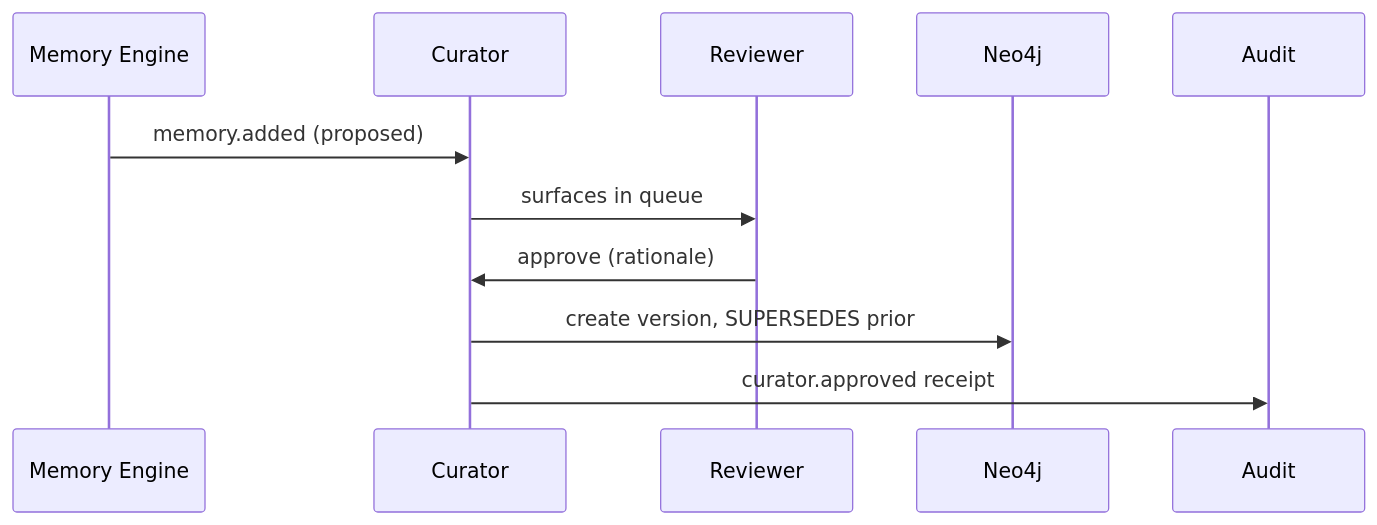
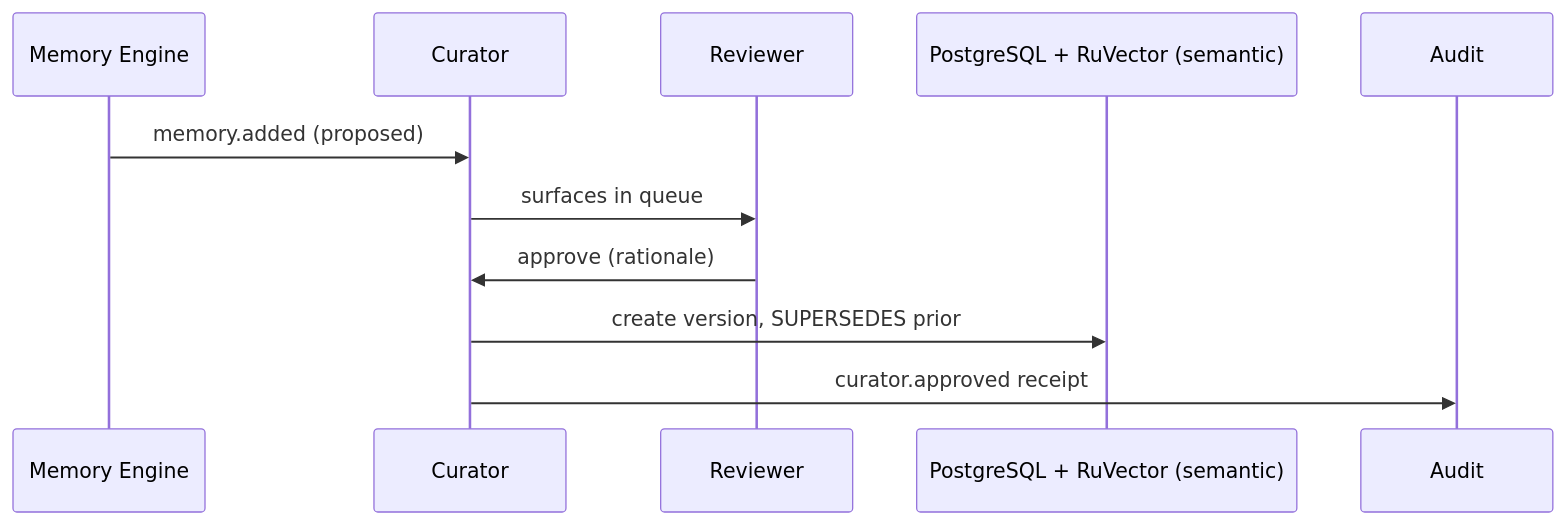
Before and after one commit to Allura-Ecosystem/Allura_Memory: the fifth of 5 diagrams in docs/allura-hosted/SOLUTION-ARCHITECTURE.md, drawn with Mermaid. The commit also changed other lines of this file and 414 other files, not shown here.

First line of the commit message:
chore: remove the retired graph backend from active Allura surfaces

````diff
--- a/docs/allura-hosted/SOLUTION-ARCHITECTURE.md
+++ b/docs/allura-hosted/SOLUTION-ARCHITECTURE.md
@@ -131,13 +131,13 @@
 ```mermaid
 sequenceDiagram
   participant ME as Memory Engine
   participant CUR as Curator
   participant R as Reviewer
-  participant NEO as Neo4j
+  participant SEM as PostgreSQL + RuVector (semantic)
   participant AUD as Audit
   ME->>CUR: memory.added (proposed)
   CUR->>R: surfaces in queue
   R->>CUR: approve (rationale)
-  CUR->>NEO: create version, SUPERSEDES prior
+  CUR->>SEM: create version, SUPERSEDES prior
   CUR->>AUD: curator.approved receipt
 ```
````
